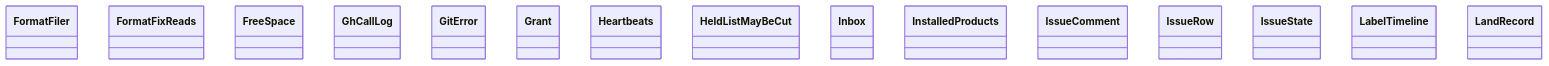
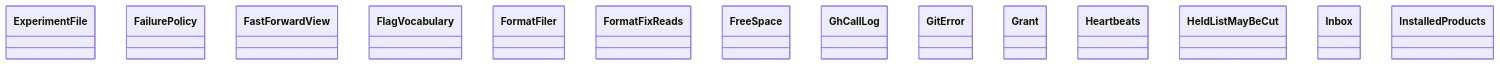
The diagram in docs/architecture/generated/classes-process-application-support-3.md (GonzaloZevallos/agentic-system), drawn with Mermaid before and after one commit. The commit also changed other lines of this file and 58 other files, not shown here.

Commit message:
Docs: regenerate the architecture pages for the board_schema module

````diff
--- a/docs/architecture/generated/classes-process-application-support-3.md
+++ b/docs/architecture/generated/classes-process-application-support-3.md
@@ -20,18 +21,17 @@
 ```mermaid
 classDiagram
+    class ports__ExperimentFile["ExperimentFile"]
+    class ports__FailurePolicy["FailurePolicy"]
+    class ports__FastForwardView["FastForwardView"]
+    class ports__FlagVocabulary["FlagVocabulary"]
     class ports__FormatFiler["FormatFiler"]
     class ports__FormatFixReads["FormatFixReads"]
     class ports__FreeSpace["FreeSpace"]
     class ports__GhCallLog["GhCallLog"]
     class ports__GitError["GitError"]
     class ports__Grant["Grant"]
     class ports__Heartbeats["Heartbeats"]
     class ports__HeldListMayBeCut["HeldListMayBeCut"]
     class ports__Inbox["Inbox"]
     class ports__InstalledProducts["InstalledProducts"]
-    class ports__IssueComment["IssueComment"]
-    class ports__IssueRow["IssueRow"]
-    class ports__IssueState["IssueState"]
-    class ports__LabelTimeline["LabelTimeline"]
-    class ports__LandRecord["LandRecord"]
 ```
````
